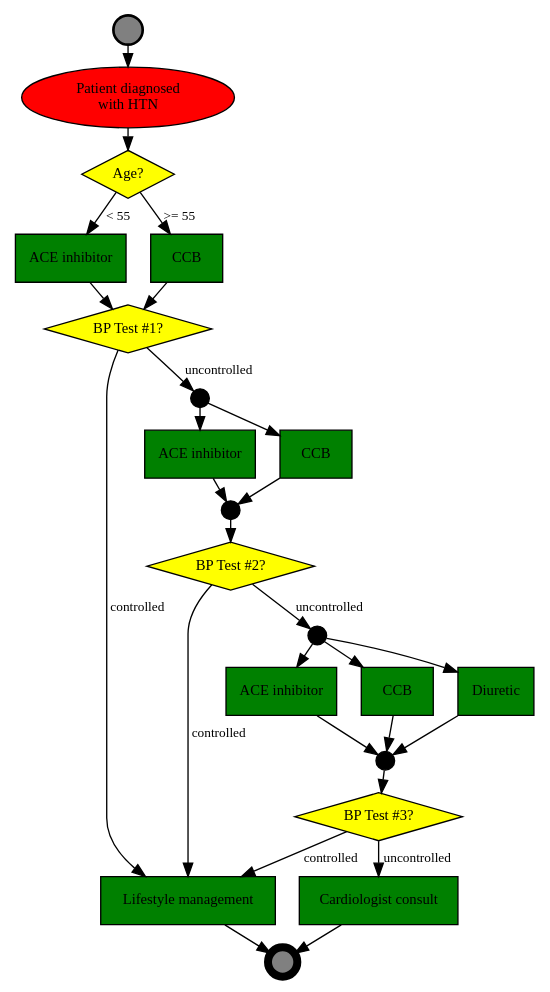
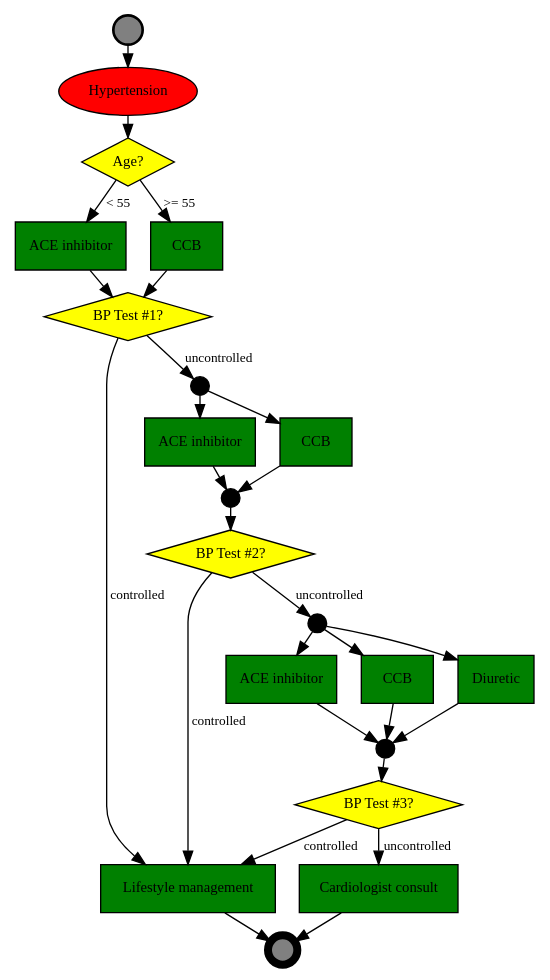
Before and after one commit to dradka/Program: the diagram in algorytmy/htn-ver-3.dot, drawn with Graphviz. The commit also changed 6 other files, not shown here.

```diff
--- a/algorytmy/htn-ver-3.dot
+++ b/algorytmy/htn-ver-3.dot
@@ -1,73 +1,73 @@
 // UHTN - uncontrolled hypertension 
 // this version is based on the NICE guideline, but it was simplified
 // version 3 - customized for presentation in pseudo-code
 
 digraph HTN {
 	ranksep=0.1;
 node [shape=box, style=filled, fillcolor=green, fontname=Calibri, fontsize=11];
 edge [fontname="Calibri Italic", fontsize=10];
 
 // Context
-c_htn [label="Patient diagnosed \n with HTN", shape=oval, style=filled, fillcolor=red];
+c_htn [label="Hypertension", shape=oval, style=filled, fillcolor=red];
 
 // Actions
 a_lifestyle_management [label="Lifestyle management"];
 a_specialist_consult [label="Cardiologist consult"];
 
 a_step1_acei [label="ACE inhibitor"];
 a_step1_ccb [label="CCB"];
 
 a_step2_acei [label="ACE inhibitor"];
 a_step2_ccb [label="CCB"];
 // Parallel gateways
 p1 [shape=circle, label="", width=0.2, fillcolor=black];
 p2 [shape=circle, label="", width=0.2, fillcolor=black];
 
 a_step3_acei [label="ACE inhibitor"];
 a_step3_ccb [label="CCB"];
 a_step3_diuretric [label="Diuretic"];
 // Parallel gateways
 p3 [shape=circle, label="", width=0.2, fillcolor=black];
 p4 [shape=circle, label="", width=0.2, fillcolor=black];
 
 // Decisions
 d_age_under_55 [shape=diamond, fillcolor=yellow, label="Age?"];
 d_bp_controlled_1 [shape=diamond, fillcolor=yellow, label="BP Test #1?"];
 d_bp_controlled_2 [shape=diamond, fillcolor=yellow, label="BP Test #2?"];
 d_bp_controlled_3 [shape=diamond, fillcolor=yellow, label="BP Test #3?"];
 
 // Event nodes
 e_start [shape=circle, label="", width=0.3, penwidth=2, fillcolor="gray"];
 e_end [shape=circle, label="", width=0.3, penwidth=6, fillcolor="gray"];
 
 
 // Arcs
 e_start -> c_htn;
 c_htn -> d_age_under_55;
 
 d_age_under_55 -> a_step1_acei [label="< 55"];
 d_age_under_55 -> a_step1_ccb [label=">= 55"];
 
 a_step1_acei -> d_bp_controlled_1;
 a_step1_ccb -> d_bp_controlled_1;
 d_bp_controlled_1 -> a_lifestyle_management [label="controlled"];
 d_bp_controlled_1 -> p1 [label="uncontrolled"];
 p1 -> a_step2_acei;
 p1 -> a_step2_ccb
 a_step2_acei -> p2;
 a_step2_ccb -> p2;
 p2 -> d_bp_controlled_2;
 d_bp_controlled_2 -> a_lifestyle_management [label="controlled"];
 d_bp_controlled_2 -> p3 [label="uncontrolled"];
 p3 -> a_step3_acei;
 p3 -> a_step3_ccb;
 p3 -> a_step3_diuretric;
 a_step3_acei -> p4;
 a_step3_ccb -> p4;
 a_step3_diuretric -> p4;
 p4 -> d_bp_controlled_3;
 d_bp_controlled_3 -> a_lifestyle_management [label="controlled"];
 d_bp_controlled_3 -> a_specialist_consult [label="uncontrolled"];
 a_lifestyle_management -> e_end;
 a_specialist_consult -> e_end;
 }
```
